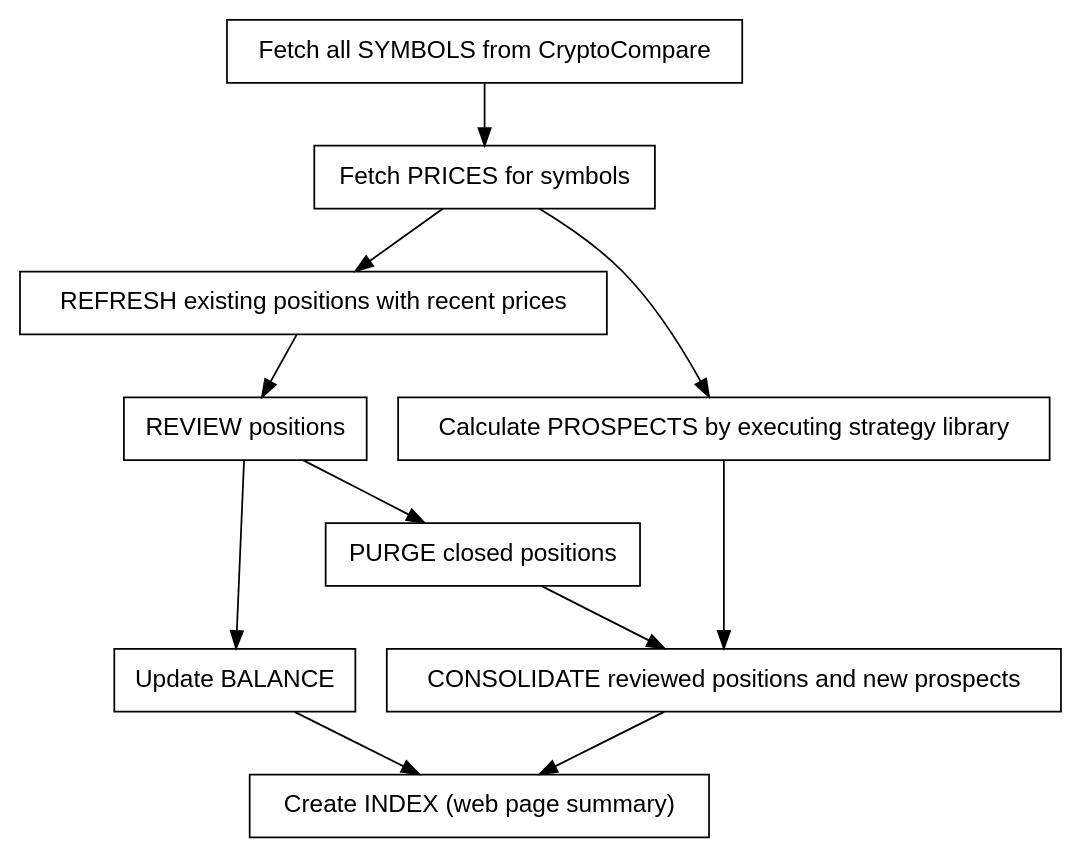
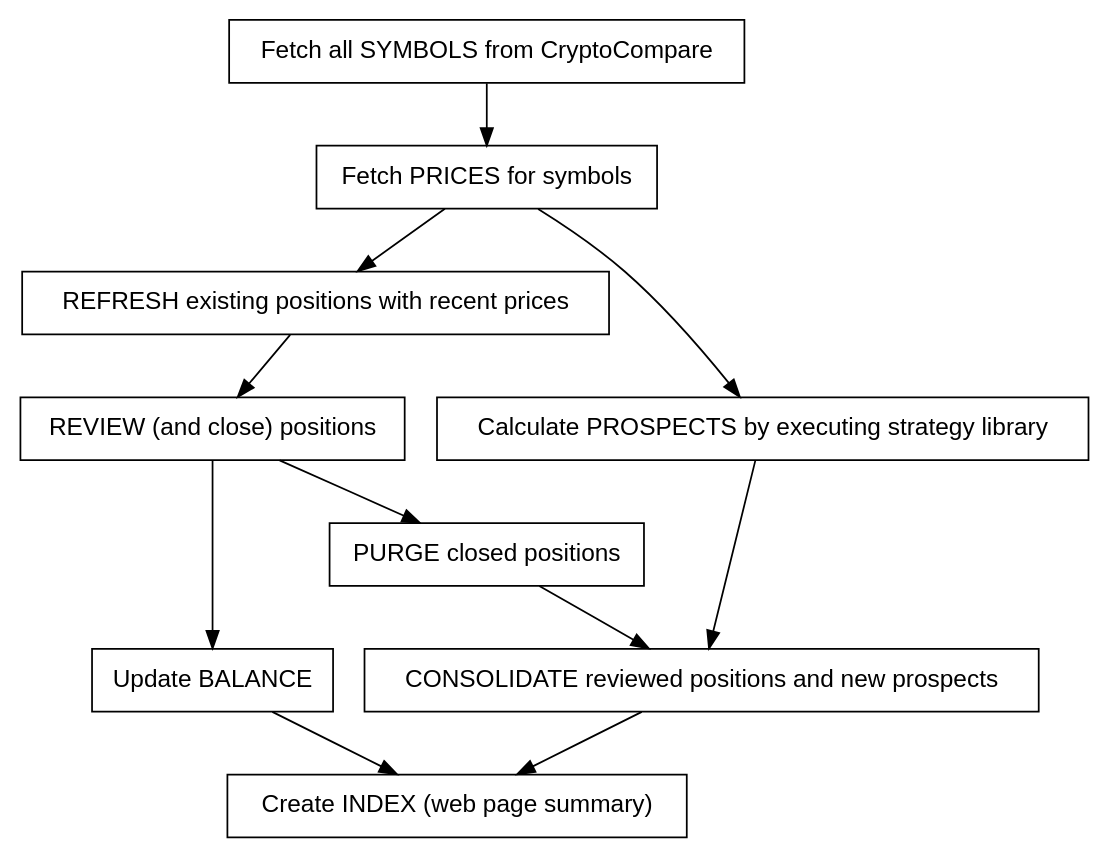
Before and after one commit to deanturpin/handt: the diagram in doc/handt.dot, drawn with Graphviz. The commit also changed 1 other file, not shown here.

Commit message:
Update SVG - review and close

```diff
--- a/doc/handt.dot
+++ b/doc/handt.dot
@@ -1,31 +1,31 @@
 digraph {
 
   node [fontname=Helvetica shape=box]
 
-  review [label="REVIEW positions"]
+  review [label="REVIEW (and close) positions"]
   purge [label="PURGE closed positions"]
   consolidate [label="CONSOLIDATE reviewed positions and new prospects"]
   balance [label="Update BALANCE"]
   index [label="Create INDEX (web page summary)"]
   refresh [label= "REFRESH existing positions with recent prices"]
 
   "Fetch all SYMBOLS from CryptoCompare"
     -> "Fetch PRICES for symbols"
     -> refresh
     -> review
 
   "Fetch PRICES for symbols"
     -> "Calculate PROSPECTS by executing strategy library"
     -> consolidate
 
   // Consolidate takes review and new
   review
     -> purge
     -> consolidate
     -> index
 
   // Balance calculation
   review
     -> balance
     -> index
 }
```
